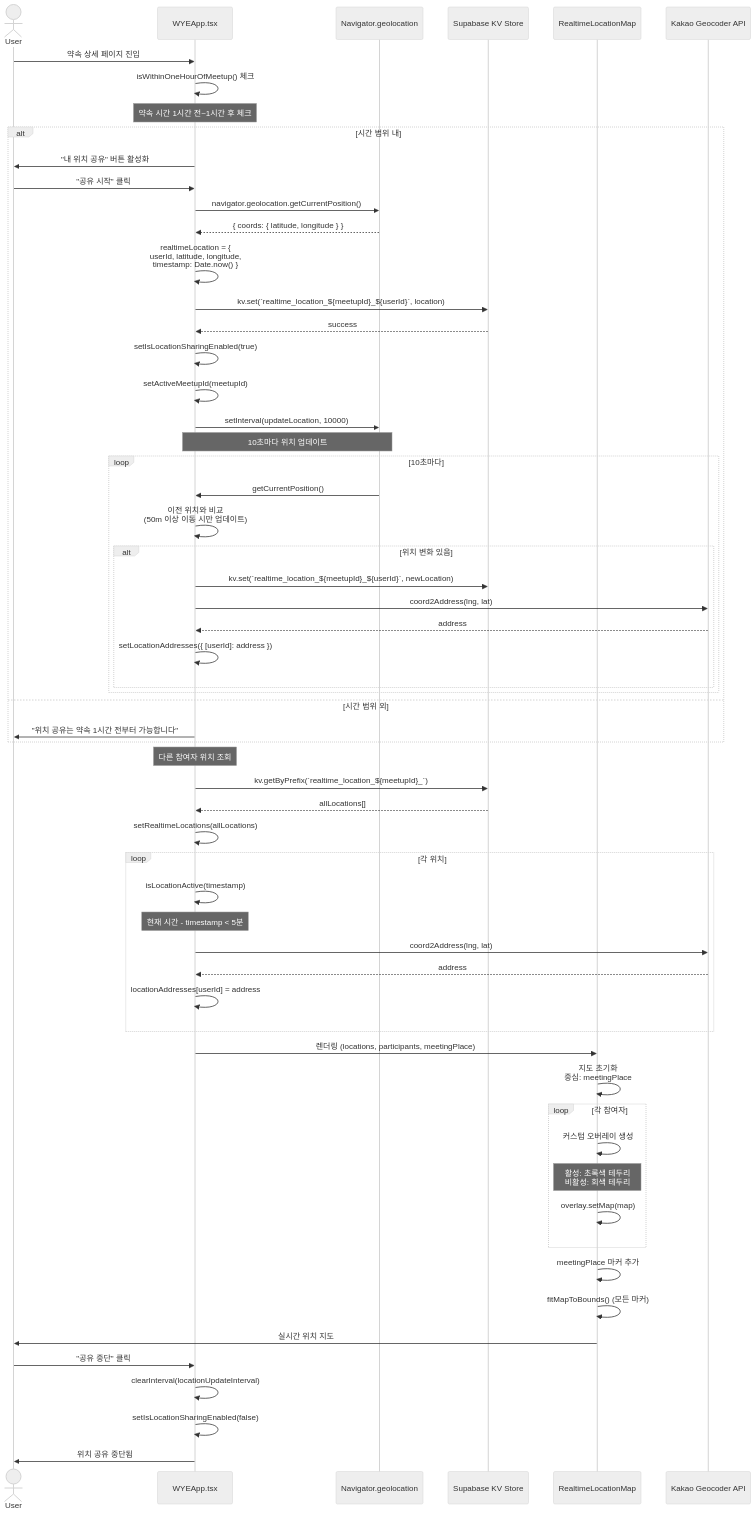
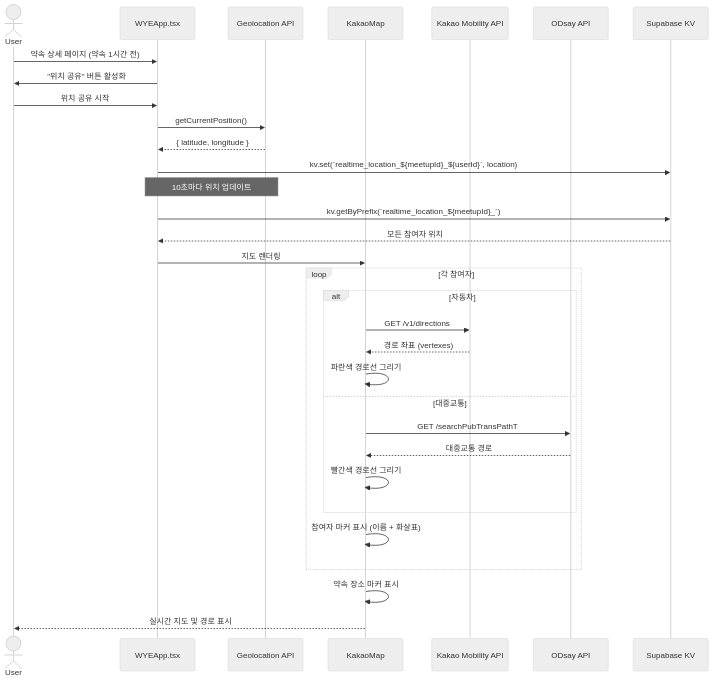
The third of 4 diagrams in README.md (mongkwon/graduateproj1), drawn with Mermaid (neutral theme) before and after one commit. The commit also changed other lines of this file, not shown here.

````diff
--- a/README.md
+++ b/README.md
@@ -253,84 +73,40 @@
 sequenceDiagram
     actor User
     participant WYE as WYEApp.tsx
-    participant Browser as Navigator.geolocation
-    participant SupabaseKV as Supabase KV Store
-    participant RealtimeMap as RealtimeLocationMap
-    participant KakaoGeocoder as Kakao Geocoder API
+    participant Browser as Geolocation API
+    participant KakaoMap
+    participant Mobility as Kakao Mobility API
+    participant ODsay as ODsay API
+    participant KV as Supabase KV
 
-    User->>WYE: 약속 상세 페이지 진입
-    WYE->>WYE: isWithinOneHourOfMeetup() 체크
-    Note over WYE: 약속 시간 1시간 전~1시간 후 체크
+    User->>WYE: 약속 상세 페이지 (약속 1시간 전)
+    WYE->>User: "위치 공유" 버튼 활성화
     
-    alt 시간 범위 내
-        WYE->>User: "내 위치 공유" 버튼 활성화
-        
-        User->>WYE: "공유 시작" 클릭
-        WYE->>Browser: navigator.geolocation.getCurrentPosition()
-        
-        Browser-->>WYE: { coords: { latitude, longitude } }
-        
-        WYE->>WYE: realtimeLocation = {<br/>userId, latitude, longitude,<br/>timestamp: Date.now() }
-        
-        WYE->>SupabaseKV: kv.set(`realtime_location_${meetupId}_${userId}`, location)
-        SupabaseKV-->>WYE: success
-        
-        WYE->>WYE: setIsLocationSharingEnabled(true)
-        WYE->>WYE: setActiveMeetupId(meetupId)
-        
-        WYE->>Browser: setInterval(updateLocation, 10000)
-        Note over WYE,Browser: 10초마다 위치 업데이트
-        
-        loop 10초마다
-            Browser->>WYE: getCurrentPosition()
-            
-            WYE->>WYE: 이전 위치와 비교<br/>(50m 이상 이동 시만 업데이트)
-            
-            alt 위치 변화 있음
-                WYE->>SupabaseKV: kv.set(`realtime_location_${meetupId}_${userId}`, newLocation)
-                WYE->>KakaoGeocoder: coord2Address(lng, lat)
-                KakaoGeocoder-->>WYE: address
-                WYE->>WYE: setLocationAddresses({ [userId]: address })
-            end
+    User->>WYE: 위치 공유 시작
+    WYE->>Browser: getCurrentPosition()
+    Browser-->>WYE: { latitude, longitude }
+    WYE->>KV: kv.set(`realtime_location_${meetupId}_${userId}`, location)
+    
+    Note over WYE,Browser: 10초마다 위치 업데이트
+    
+    WYE->>KV: kv.getByPrefix(`realtime_location_${meetupId}_`)
+    KV-->>WYE: 모든 참여자 위치
+    
+    WYE->>KakaoMap: 지도 렌더링
+    
+    loop 각 참여자
+        alt 자동차
+            KakaoMap->>Mobility: GET /v1/directions
+            Mobility-->>KakaoMap: 경로 좌표 (vertexes)
+            KakaoMap->>KakaoMap: 파란색 경로선 그리기
+        else 대중교통
+            KakaoMap->>ODsay: GET /searchPubTransPathT
+            ODsay-->>KakaoMap: 대중교통 경로
+            KakaoMap->>KakaoMap: 빨간색 경로선 그리기
         end
-        
-    else 시간 범위 외
-        WYE->>User: "위치 공유는 약속 1시간 전부터 가능합니다"
+        KakaoMap->>KakaoMap: 참여자 마커 표시 (이름 + 화살표)
     end
     
-    Note over WYE: 다른 참여자 위치 조회
-    
-    WYE->>SupabaseKV: kv.getByPrefix(`realtime_location_${meetupId}_`)
-    SupabaseKV-->>WYE: allLocations[]
-    
-    WYE->>WYE: setRealtimeLocations(allLocations)
-    
-    loop 각 위치
-        WYE->>WYE: isLocationActive(timestamp)
-        Note over WYE: 현재 시간 - timestamp < 5분
-        
-        WYE->>KakaoGeocoder: coord2Address(lng, lat)
-        KakaoGeocoder-->>WYE: address
-        WYE->>WYE: locationAddresses[userId] = address
-    end
-    
-    WYE->>RealtimeMap: 렌더링 (locations, participants, meetingPlace)
-    
-    RealtimeMap->>RealtimeMap: 지도 초기화<br/>중심: meetingPlace
-    
-    loop 각 참여자
-        RealtimeMap->>RealtimeMap: 커스텀 오버레이 생성
-        Note over RealtimeMap: 활성: 초록색 테두리<br/>비활성: 회색 테두리
-        RealtimeMap->>RealtimeMap: overlay.setMap(map)
-    end
-    
-    RealtimeMap->>RealtimeMap: meetingPlace 마커 추가
-    RealtimeMap->>RealtimeMap: fitMapToBounds() (모든 마커)
-    
-    RealtimeMap->>User: 실시간 위치 지도
-    
-    User->>WYE: "공유 중단" 클릭
-    WYE->>WYE: clearInterval(locationUpdateInterval)
-    WYE->>WYE: setIsLocationSharingEnabled(false)
-    WYE->>User: 위치 공유 중단됨
+    KakaoMap->>KakaoMap: 약속 장소 마커 표시
+    KakaoMap-->>User: 실시간 지도 및 경로 표시
 ```
````
